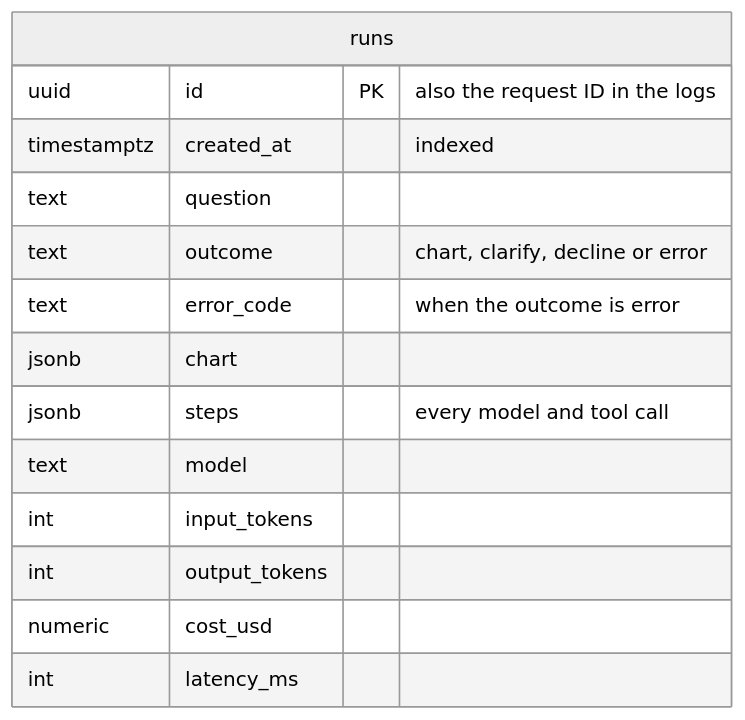
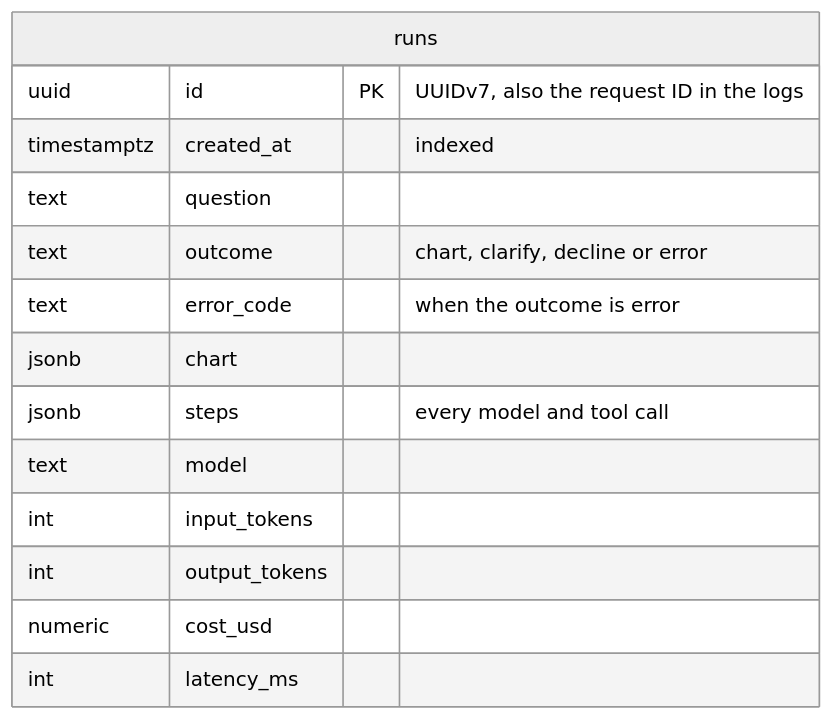
Before and after one commit to vovadyach/dashgen: the eighth of 8 diagrams in docs/design.md, drawn with Mermaid (neutral theme). The commit also changed other lines of this file and 15 other files, not shown here.

Commit message:
feat: UUIDv7 for request and run IDs

````diff
--- a/docs/design.md
+++ b/docs/design.md
@@ -380,17 +380,17 @@
 ```mermaid
 erDiagram
     runs {
-        uuid id PK "also the request ID in the logs"
+        uuid id PK "UUIDv7, also the request ID in the logs"
         timestamptz created_at "indexed"
         text question
         text outcome "chart, clarify, decline or error"
         text error_code "when the outcome is error"
         jsonb chart
         jsonb steps "every model and tool call"
         text model
         int input_tokens
         int output_tokens
         numeric cost_usd
         int latency_ms
     }
 ```
````
